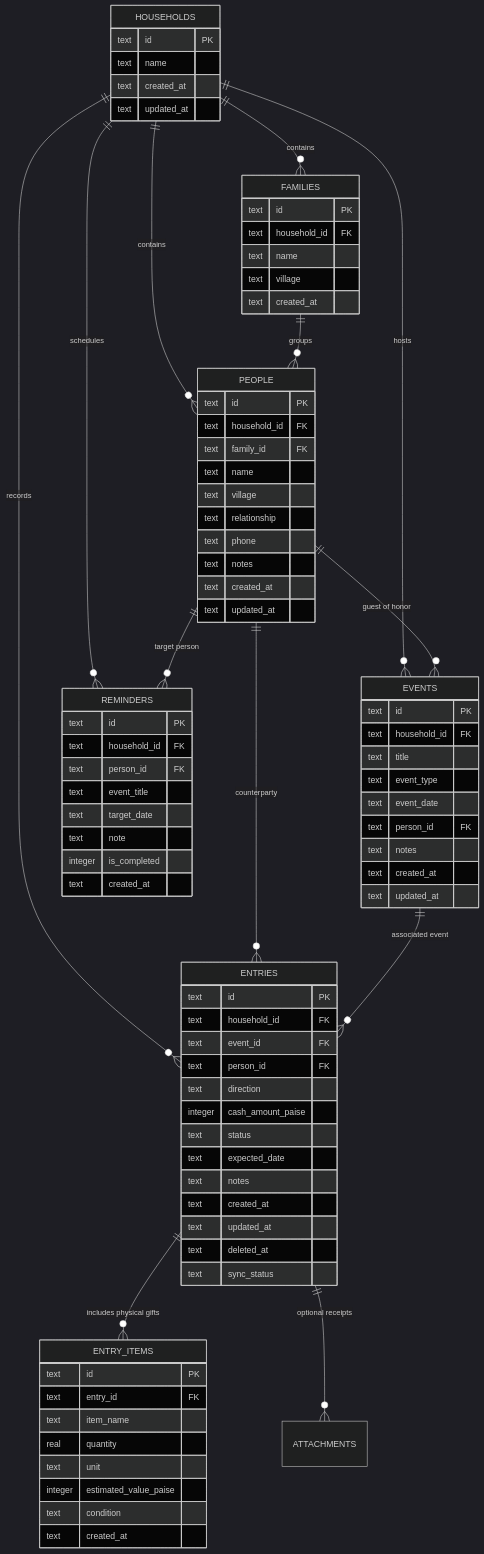
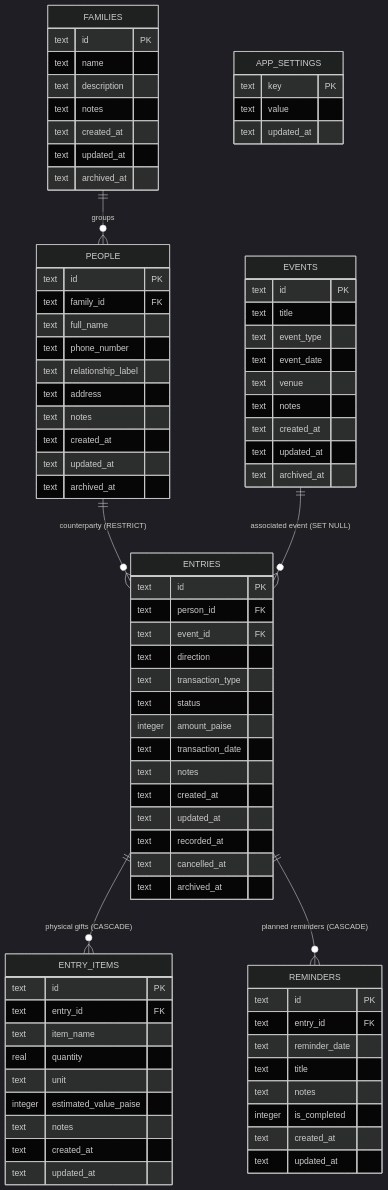
Before and after one commit to igjitendra/Vivah: the diagram in docs/DATABASE_SCHEMA.md, drawn with Mermaid (dark theme). The commit also changed other lines of this file and 34 other files, not shown here.

First line of the commit message:
feat(database): complete Step 3 SQLite + Drift database architecture

````diff
--- a/docs/DATABASE_SCHEMA.md
+++ b/docs/DATABASE_SCHEMA.md
@@ -25,72 +25,66 @@
 ```mermaid
 erDiagram
-    HOUSEHOLDS ||--o{ FAMILIES : "contains"
-    HOUSEHOLDS ||--o{ PEOPLE : "contains"
-    HOUSEHOLDS ||--o{ EVENTS : "hosts"
-    HOUSEHOLDS ||--o{ ENTRIES : "records"
-    HOUSEHOLDS ||--o{ REMINDERS : "schedules"
     FAMILIES ||--o{ PEOPLE : "groups"
-    PEOPLE ||--o{ EVENTS : "guest of honor"
-    PEOPLE ||--o{ ENTRIES : "counterparty"
-    PEOPLE ||--o{ REMINDERS : "target person"
-    EVENTS ||--o{ ENTRIES : "associated event"
-    ENTRIES ||--o{ ENTRY_ITEMS : "includes physical gifts"
-    ENTRIES ||--o{ ATTACHMENTS : "optional receipts"
-
-    HOUSEHOLDS {
-        text id PK
-        text name
-        text created_at
+    PEOPLE ||--o{ ENTRIES : "counterparty (RESTRICT)"
+    EVENTS ||--o{ ENTRIES : "associated event (SET NULL)"
+    ENTRIES ||--o{ ENTRY_ITEMS : "physical gifts (CASCADE)"
+    ENTRIES ||--o{ REMINDERS : "planned reminders (CASCADE)"
+    APP_SETTINGS {
+        text key PK
+        text value
         text updated_at
     }
 
     FAMILIES {
         text id PK
-        text household_id FK
         text name
-        text village
+        text description
+        text notes
         text created_at
+        text updated_at
+        text archived_at
     }
 
     PEOPLE {
         text id PK
-        text household_id FK
         text family_id FK
-        text name
-        text village
-        text relationship
-        text phone
+        text full_name
+        text phone_number
+        text relationship_label
+        text address
         text notes
         text created_at
         text updated_at
+        text archived_at
     }
 
     EVENTS {
         text id PK
-        text household_id FK
         text title
         text event_type
         text event_date
-        text person_id FK
+        text venue
         text notes
         text created_at
         text updated_at
+        text archived_at
     }
 
     ENTRIES {
         text id PK
-        text household_id FK
+        text person_id FK
         text event_id FK
-        text person_id FK
         text direction
-        integer cash_amount_paise
+        text transaction_type
         text status
-        text expected_date
+        integer amount_paise
+        text transaction_date
         text notes
         text created_at
         text updated_at
-        text deleted_at
-        text sync_status
+        text recorded_at
+        text cancelled_at
+        text archived_at
     }
 
     ENTRY_ITEMS {
@@ -100,18 +94,19 @@
         real quantity
         text unit
         integer estimated_value_paise
-        text condition
+        text notes
         text created_at
+        text updated_at
     }
 
     REMINDERS {
         text id PK
-        text household_id FK
-        text person_id FK
-        text event_title
-        text target_date
-        text note
+        text entry_id FK
+        text reminder_date
+        text title
+        text notes
         integer is_completed
         text created_at
+        text updated_at
     }
 ```
````
